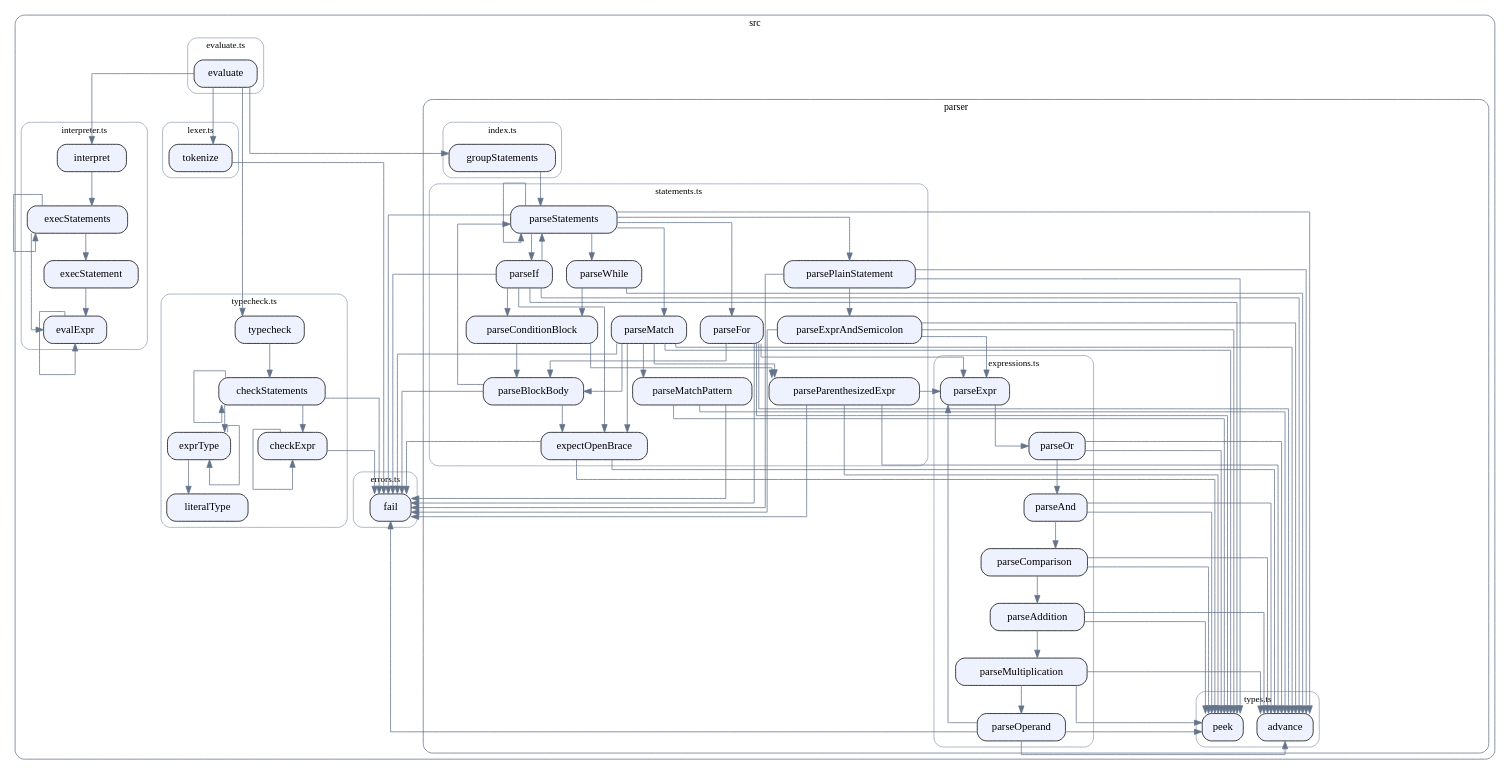
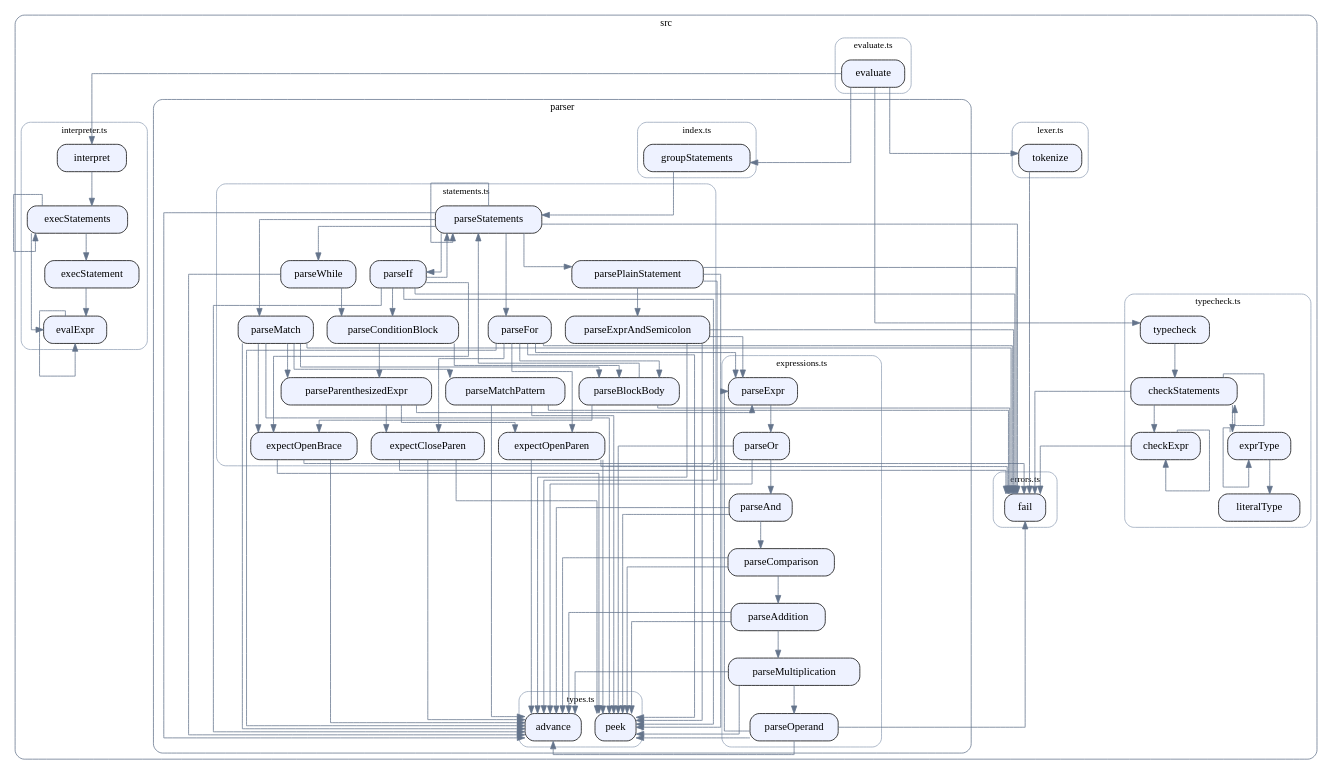
One commit to SirMathhman/Tuff changed the diagram in docs/callgraph.dot. Above: the diagram before and after it, drawn with Graphviz. The commit also changed 2 other files, not shown here.

Commit message:
Extract shared paren open/close parse helpers

```diff
--- a/docs/callgraph.dot
+++ b/docs/callgraph.dot
@@ -94,6 +94,8 @@
     "src\\parser\\statements.ts::parseExprAndSemicolon" [label="parseExprAndSemicolon"];
     "src\\parser\\statements.ts::expectOpenBrace" [label="expectOpenBrace"];
     "src\\parser\\statements.ts::parsePlainStatement" [label="parsePlainStatement"];
+    "src\\parser\\statements.ts::expectOpenParen" [label="expectOpenParen"];
+    "src\\parser\\statements.ts::expectCloseParen" [label="expectCloseParen"];
     "src\\parser\\statements.ts::parseParenthesizedExpr" [label="parseParenthesizedExpr"];
     "src\\parser\\statements.ts::parseBlockBody" [label="parseBlockBody"];
     "src\\parser\\statements.ts::parseConditionBlock" [label="parseConditionBlock"];
@@ -165,10 +167,15 @@
   "src\\parser\\statements.ts::parsePlainStatement" -> "src\\errors.ts::fail";
   "src\\parser\\statements.ts::parsePlainStatement" -> "src\\parser\\types.ts::advance";
   "src\\parser\\statements.ts::parsePlainStatement" -> "src\\parser\\statements.ts::parseExprAndSemicolon";
-  "src\\parser\\statements.ts::parseParenthesizedExpr" -> "src\\parser\\types.ts::peek";
-  "src\\parser\\statements.ts::parseParenthesizedExpr" -> "src\\errors.ts::fail";
-  "src\\parser\\statements.ts::parseParenthesizedExpr" -> "src\\parser\\types.ts::advance";
+  "src\\parser\\statements.ts::expectOpenParen" -> "src\\parser\\types.ts::peek";
+  "src\\parser\\statements.ts::expectOpenParen" -> "src\\errors.ts::fail";
+  "src\\parser\\statements.ts::expectOpenParen" -> "src\\parser\\types.ts::advance";
+  "src\\parser\\statements.ts::expectCloseParen" -> "src\\parser\\types.ts::peek";
+  "src\\parser\\statements.ts::expectCloseParen" -> "src\\errors.ts::fail";
+  "src\\parser\\statements.ts::expectCloseParen" -> "src\\parser\\types.ts::advance";
+  "src\\parser\\statements.ts::parseParenthesizedExpr" -> "src\\parser\\statements.ts::expectOpenParen";
   "src\\parser\\statements.ts::parseParenthesizedExpr" -> "src\\parser\\expressions.ts::parseExpr";
+  "src\\parser\\statements.ts::parseParenthesizedExpr" -> "src\\parser\\statements.ts::expectCloseParen";
   "src\\parser\\statements.ts::parseBlockBody" -> "src\\parser\\statements.ts::expectOpenBrace";
   "src\\parser\\statements.ts::parseBlockBody" -> "src\\parser\\statements.ts::parseStatements";
   "src\\parser\\statements.ts::parseBlockBody" -> "src\\errors.ts::fail";
@@ -183,9 +190,11 @@
   "src\\parser\\statements.ts::parseWhile" -> "src\\parser\\types.ts::advance";
   "src\\parser\\statements.ts::parseWhile" -> "src\\parser\\statements.ts::parseConditionBlock";
   "src\\parser\\statements.ts::parseFor" -> "src\\parser\\types.ts::advance";
+  "src\\parser\\statements.ts::parseFor" -> "src\\parser\\statements.ts::expectOpenParen";
   "src\\parser\\statements.ts::parseFor" -> "src\\parser\\types.ts::peek";
   "src\\parser\\statements.ts::parseFor" -> "src\\errors.ts::fail";
   "src\\parser\\statements.ts::parseFor" -> "src\\parser\\expressions.ts::parseExpr";
+  "src\\parser\\statements.ts::parseFor" -> "src\\parser\\statements.ts::expectCloseParen";
   "src\\parser\\statements.ts::parseFor" -> "src\\parser\\statements.ts::parseBlockBody";
   "src\\parser\\statements.ts::parseMatchPattern" -> "src\\parser\\types.ts::peek";
   "src\\parser\\statements.ts::parseMatchPattern" -> "src\\errors.ts::fail";
```
